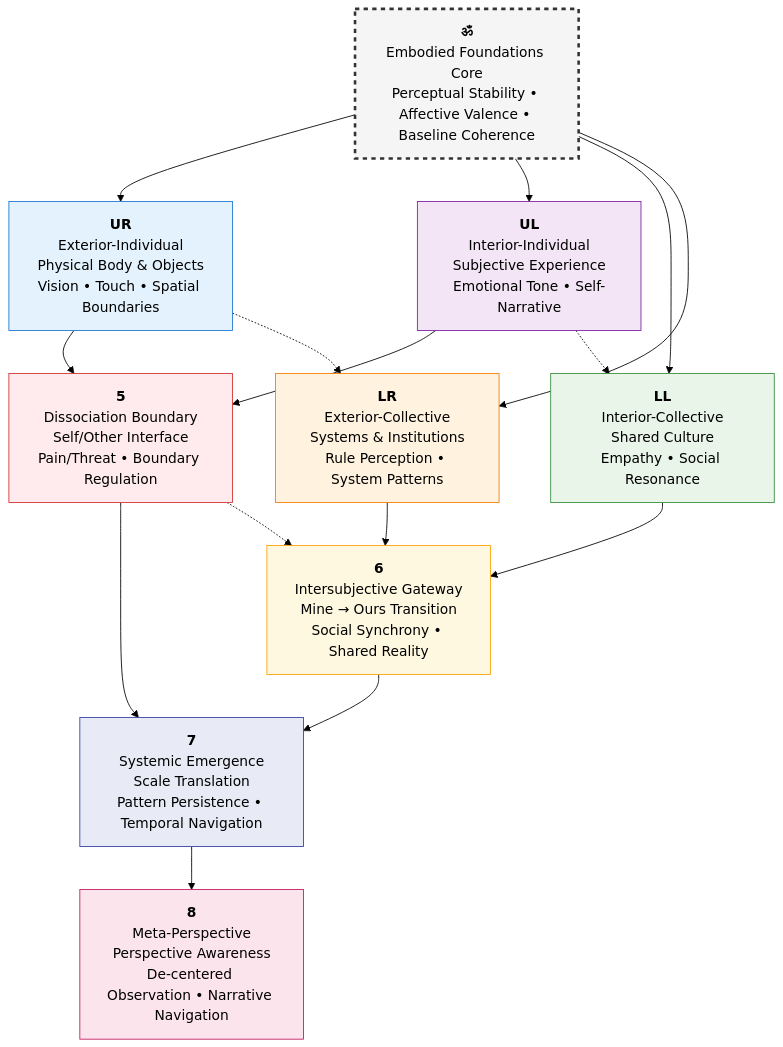
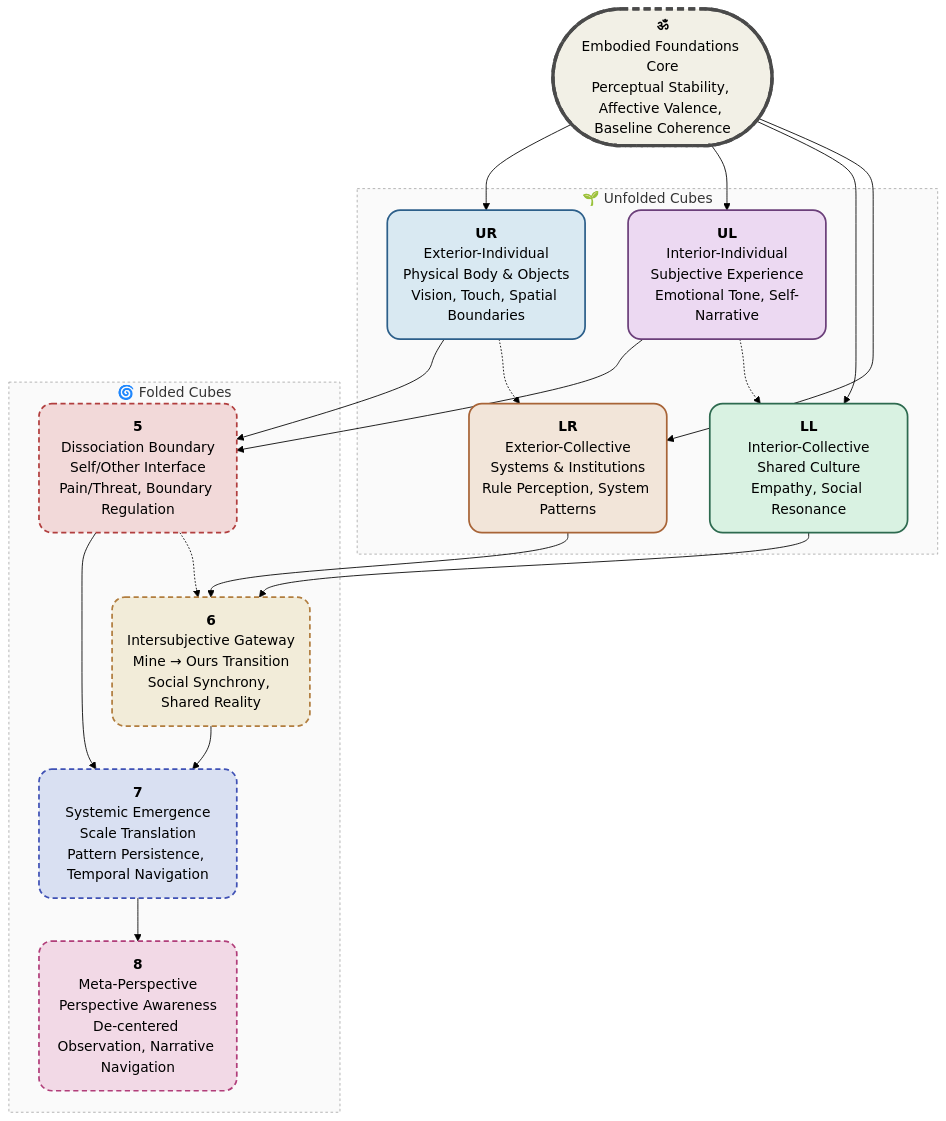
One commit to ravaioli/solarpunk-mandala changed the third of 8 diagrams in framework/core-model/02-epistemic-architecture-tesseract.md. Above: the diagram before and after it, drawn with Mermaid (forest theme).

Commit message:
Refactor mermaid diagram for clarity and style

````diff
--- a/framework/core-model/02-epistemic-architecture-tesseract.md
+++ b/framework/core-model/02-epistemic-architecture-tesseract.md
@@ -217,48 +217,67 @@
 ```mermaid
 graph TB
-    %% Central Core at the top
-    CORE["<b>ॐ</b><br>Embodied Foundations Core<br>Perceptual Stability • Affective Valence • Baseline Coherence"]
-    
-    %% First Row: Unfolded Cubes
-    UR["<b>UR</b><br>Exterior-Individual<br>Physical Body & Objects<br>Vision • Touch • Spatial Boundaries"]
-    UL["<b>UL</b><br>Interior-Individual<br>Subjective Experience<br>Emotional Tone • Self-Narrative"]
-    LL["<b>LL</b><br>Interior-Collective<br>Shared Culture<br>Empathy • Social Resonance"]
-    LR["<b>LR</b><br>Exterior-Collective<br>Systems & Institutions<br>Rule Perception • System Patterns"]
-    
-    %% Second Row: Folded Cubes
-    B5["<b>5</b><br>Dissociation Boundary<br>Self/Other Interface<br>Pain/Threat • Boundary Regulation"]
-    B6["<b>6</b><br>Intersubjective Gateway<br>Mine → Ours Transition<br>Social Synchrony • Shared Reality"]
-    B7["<b>7</b><br>Systemic Emergence<br>Scale Translation<br>Pattern Persistence • Temporal Navigation"]
-    B8["<b>8</b><br>Meta-Perspective<br>Perspective Awareness<br>De-centered Observation • Narrative Navigation"]
-    
-    %% Connections - Clean vertical hierarchy
+    %% Core Node (Stadium shape for emphasis)
+    CORE(["<b>ॐ</b><br>Embodied Foundations Core<br>Perceptual Stability, Affective Valence, Baseline Coherence"])
+
+    %% Unfolded Cubes (Rounded rectangles, pastel shades)
+    UR("<b>UR</b><br>Exterior-Individual<br>Physical Body & Objects<br>Vision, Touch, Spatial Boundaries")
+    UL("<b>UL</b><br>Interior-Individual<br>Subjective Experience<br>Emotional Tone, Self-Narrative")
+    LL("<b>LL</b><br>Interior-Collective<br>Shared Culture<br>Empathy, Social Resonance")
+    LR("<b>LR</b><br>Exterior-Collective<br>Systems & Institutions<br>Rule Perception, System Patterns")
+
+    %% Folded Cubes (Rounded rectangles with dashed borders)
+    B5("<b>5</b><br>Dissociation Boundary<br>Self/Other Interface<br>Pain/Threat, Boundary Regulation")
+    B6("<b>6</b><br>Intersubjective Gateway<br>Mine → Ours Transition<br>Social Synchrony, Shared Reality")
+    B7("<b>7</b><br>Systemic Emergence<br>Scale Translation<br>Pattern Persistence, Temporal Navigation")
+    B8("<b>8</b><br>Meta-Perspective<br>Perspective Awareness<br>De-centered Observation, Narrative Navigation")
+
+    %% Grouping for visual layers (optional background)
+    subgraph Unfolded ["🌱 Unfolded Cubes"]
+        UR
+        UL
+        LL
+        LR
+    end
+
+    subgraph Folded ["🌀 Folded Cubes"]
+        B5
+        B6
+        B7
+        B8
+    end
+
+    %% Primary vertical connections
     CORE --> UR
     CORE --> UL
     CORE --> LL
     CORE --> LR
-    
+
     UR --> B5
     UL --> B5
     LL --> B6
     LR --> B6
-    
+
     B5 --> B7
     B6 --> B7
     B7 --> B8
-    
-    %% Horizontal relationships (dashed lines for secondary connections)
+
+    %% Secondary horizontal relationships (dashed)
     UR -.-> LR
     UL -.-> LL
     B5 -.-> B6
-    
-    %% Styling for symmetry
-    style CORE fill:#f5f5f5,stroke:#333,stroke-width:3px,stroke-dasharray:5 5
-    style UR fill:#e3f2fd,stroke:#1976d2
-    style UL fill:#f3e5f5,stroke:#7b1fa2
-    style LL fill:#e8f5e8,stroke:#388e3c
-    style LR fill:#fff3e0,stroke:#f57c00
-    style B5 fill:#ffebee,stroke:#d32f2f
-    style B6 fill:#fff8e1,stroke:#ffa000
-    style B7 fill:#e8eaf6,stroke:#303f9f
-    style B8 fill:#fce4ec,stroke:#c2185b
+
+    %% Individual node styling (softer palette, harmonious tones)
+    style CORE fill:#f2f0e6,stroke:#4a4a4a,stroke-width:4px,stroke-dasharray:8 5,rx:20,ry:20
+    style UR fill:#d9e9f2,stroke:#2c5f8a,stroke-width:2px,rx:15,ry:15
+    style UL fill:#ecd9f2,stroke:#6b3f7a,stroke-width:2px,rx:15,ry:15
+    style LL fill:#d9f2e2,stroke:#2d6a4f,stroke-width:2px,rx:15,ry:15
+    style LR fill:#f2e5d9,stroke:#a86437,stroke-width:2px,rx:15,ry:15
+    style B5 fill:#f2d9d9,stroke:#b13e3e,stroke-width:2px,stroke-dasharray:6 4,rx:15,ry:15
+    style B6 fill:#f2ecd9,stroke:#b17d3e,stroke-width:2px,stroke-dasharray:6 4,rx:15,ry:15
+    style B7 fill:#d9e0f2,stroke:#3f51b5,stroke-width:2px,stroke-dasharray:6 4,rx:15,ry:15
+    style B8 fill:#f2d9e6,stroke:#b13e7a,stroke-width:2px,stroke-dasharray:6 4,rx:15,ry:15
+
+    %% Subgraph styling (light background, subtle borders)
+    style Unfolded fill:#fafafa,stroke:#aaa,stroke-dasharray:3 3
+    style Folded fill:#fafafa,stroke:#aaa,stroke-dasharray:3 3
 ```
````
